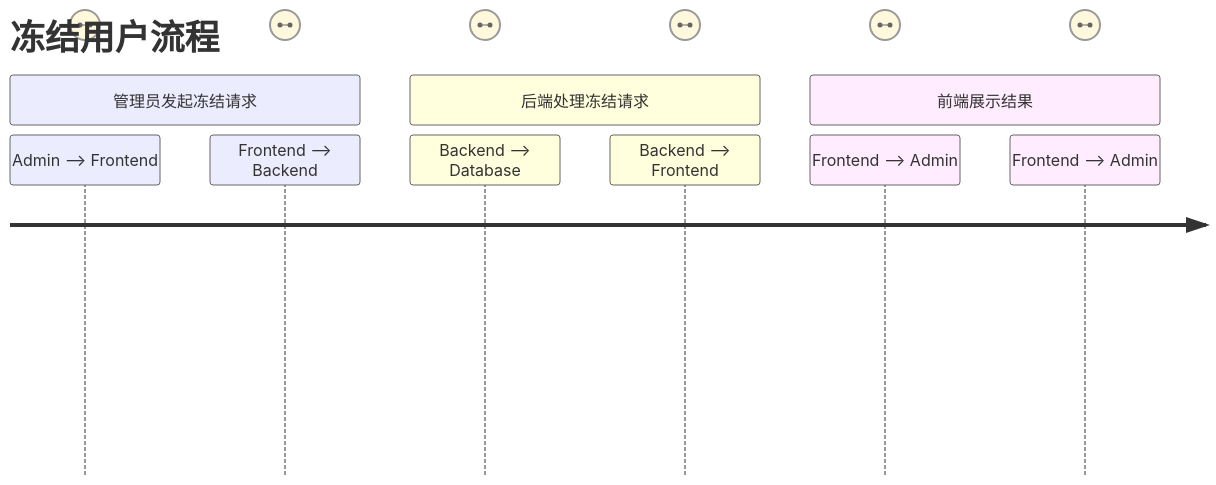
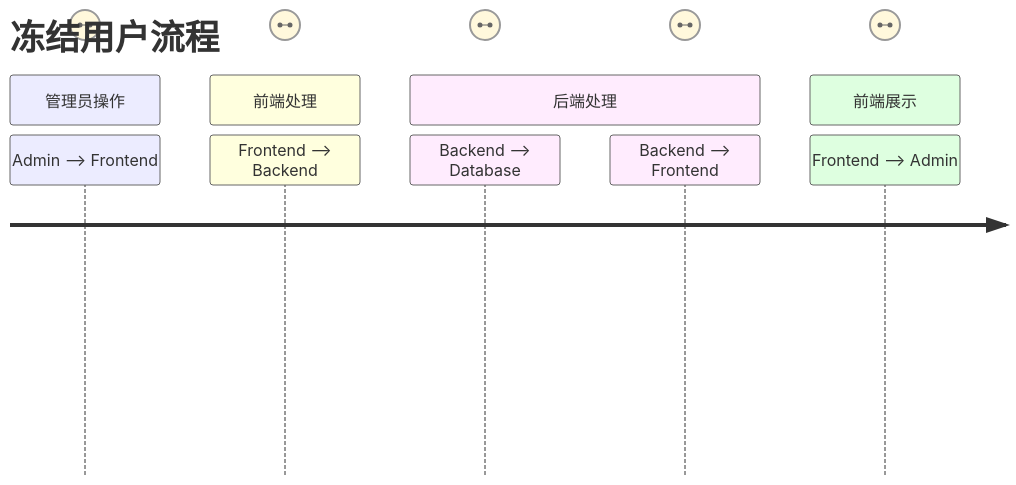
The diagram in all/未命名-2.md (qianlong520/iodraw-files), drawn with Mermaid before and after one commit.

Commit message:
2024-11-04 13:50:35 update

````diff
--- a/all/未命名-2.md
+++ b/all/未命名-2.md
@@ -1,13 +1,13 @@
 ```mermaid
 journey
-    title 冻结用户流程
-    section 管理员发起冻结请求
-      Admin --> Frontend: 选择需要冻结的用户
-      Frontend --> Backend: 发送冻结请求（管理员ID，用户ID）
-    section 后端处理冻结请求
-      Backend --> Database: 更新用户状态为“冻结”
-      Backend --> Frontend: 返回冻结结果
-    section 前端展示结果
-      Frontend --> Admin: 显示冻结成功提示
-      Frontend --> Admin: 更新用户状态
+  title 冻结用户流程
+  section 管理员操作
+    Admin --> Frontend: 发起冻结请求
+  section 前端处理
+    Frontend --> Backend: 发送冻结请求（包含管理员ID和用户ID）
+  section 后端处理
+    Backend --> Database: 更新用户状态为“冻结”
+    Backend --> Frontend: 返回结果
+  section 前端展示
+    Frontend --> Admin: 显示冻结成功提示并更新用户状态
 ```
````
